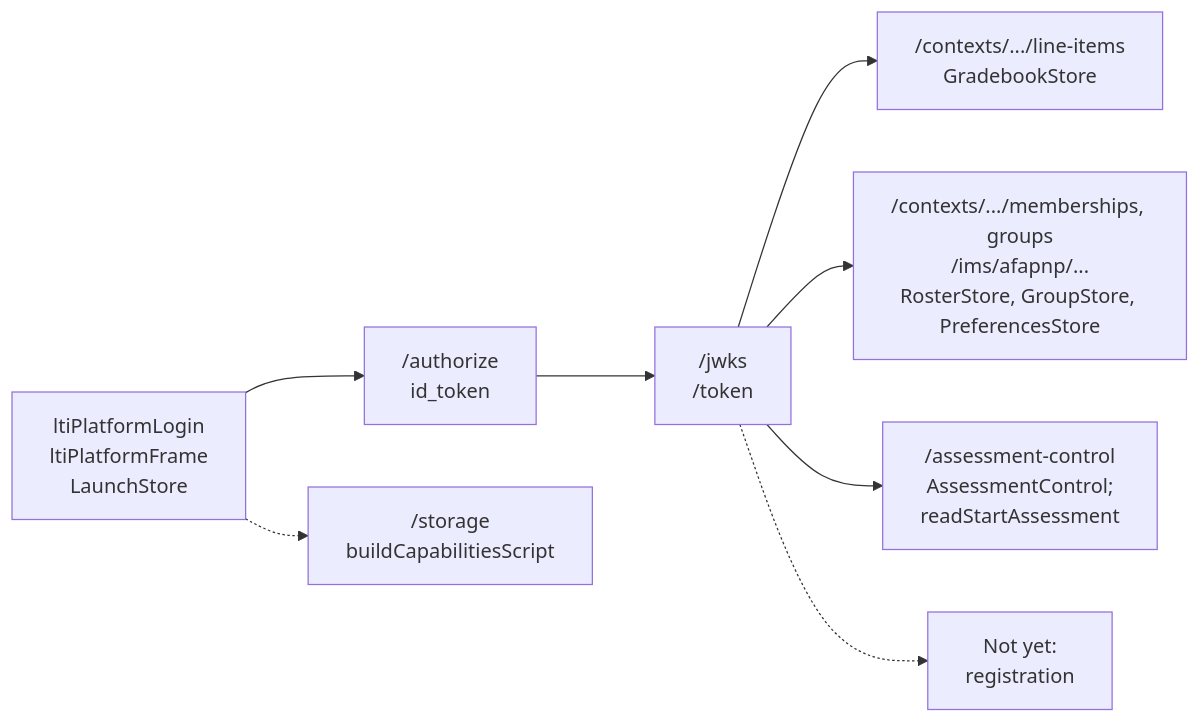
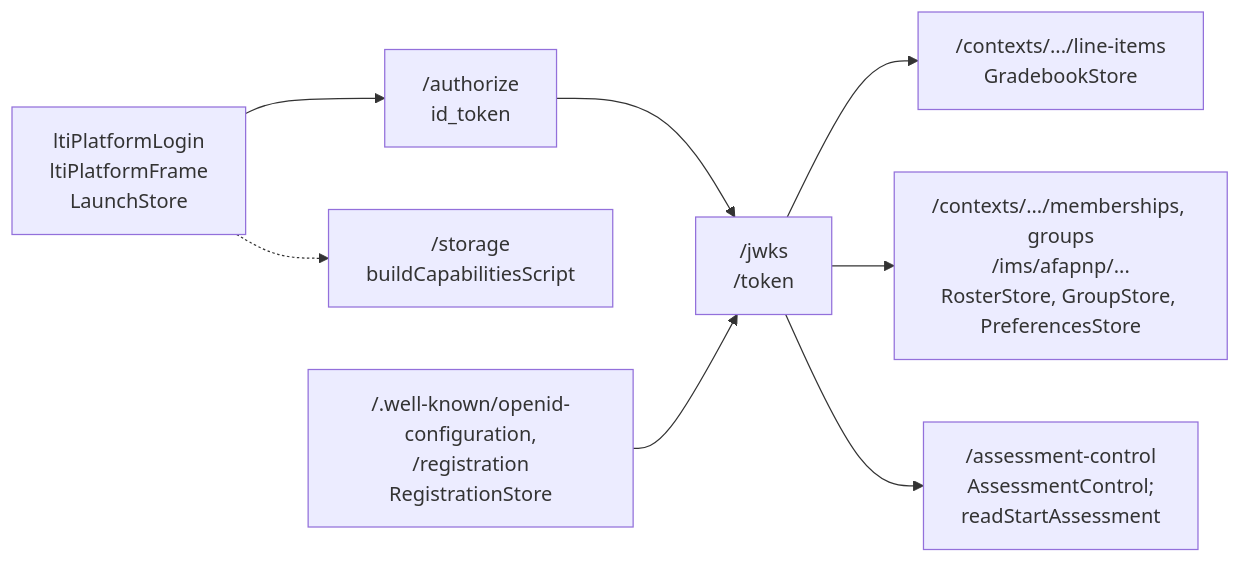
One commit to interopkit/interopkit changed the second of 2 diagrams in docs/tool-integration/supported.md. Above: the diagram before and after it, drawn with Mermaid. The commit also changed other lines of this file and 56 other files, not shown here.

````diff
--- a/docs/tool-integration/supported.md
+++ b/docs/tool-integration/supported.md
@@ -52,10 +52,10 @@
 ```mermaid
 flowchart LR
   login["ltiPlatformLogin<br/>ltiPlatformFrame<br/>LaunchStore"] --> authorize["/authorize<br/>id_token"]
   authorize --> token["/jwks<br/>/token"]
   login -.-> storage["/storage<br/>buildCapabilitiesScript"]
   token --> ags["/contexts/.../line-items<br/>GradebookStore"]
   token --> roster["/contexts/.../memberships, groups<br/>/ims/afapnp/...<br/>RosterStore, GroupStore, PreferencesStore"]
   token --> control["/assessment-control<br/>AssessmentControl;<br/>readStartAssessment"]
-  token -.-> missing["Not yet:<br/>registration"]
+  registration["/.well-known/openid-configuration,<br/>/registration<br/>RegistrationStore"] --> token
 ```
````
